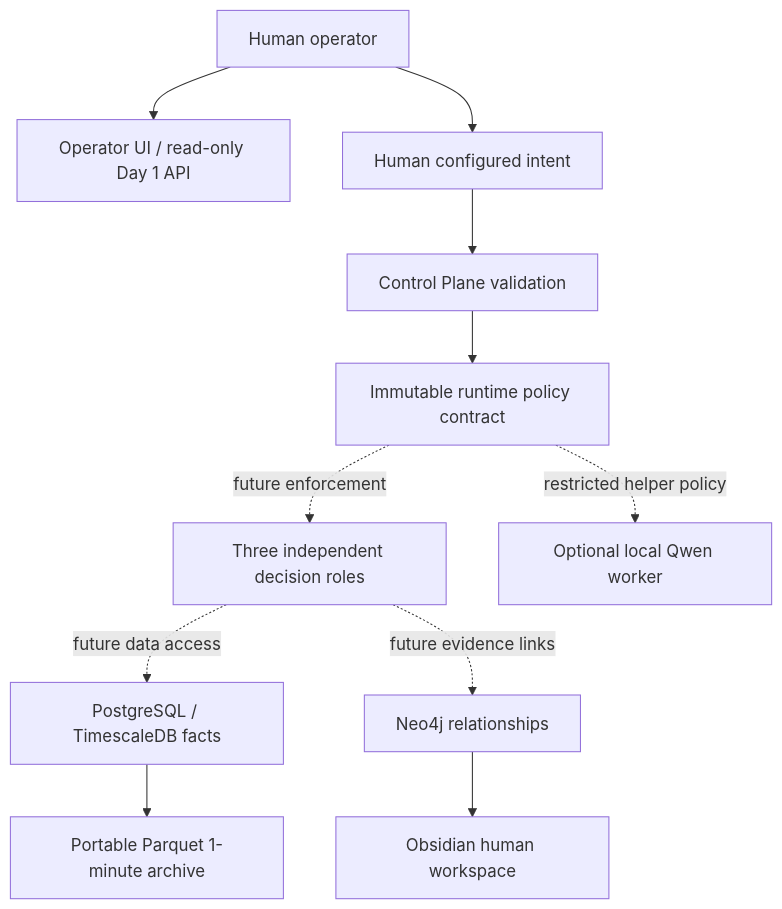
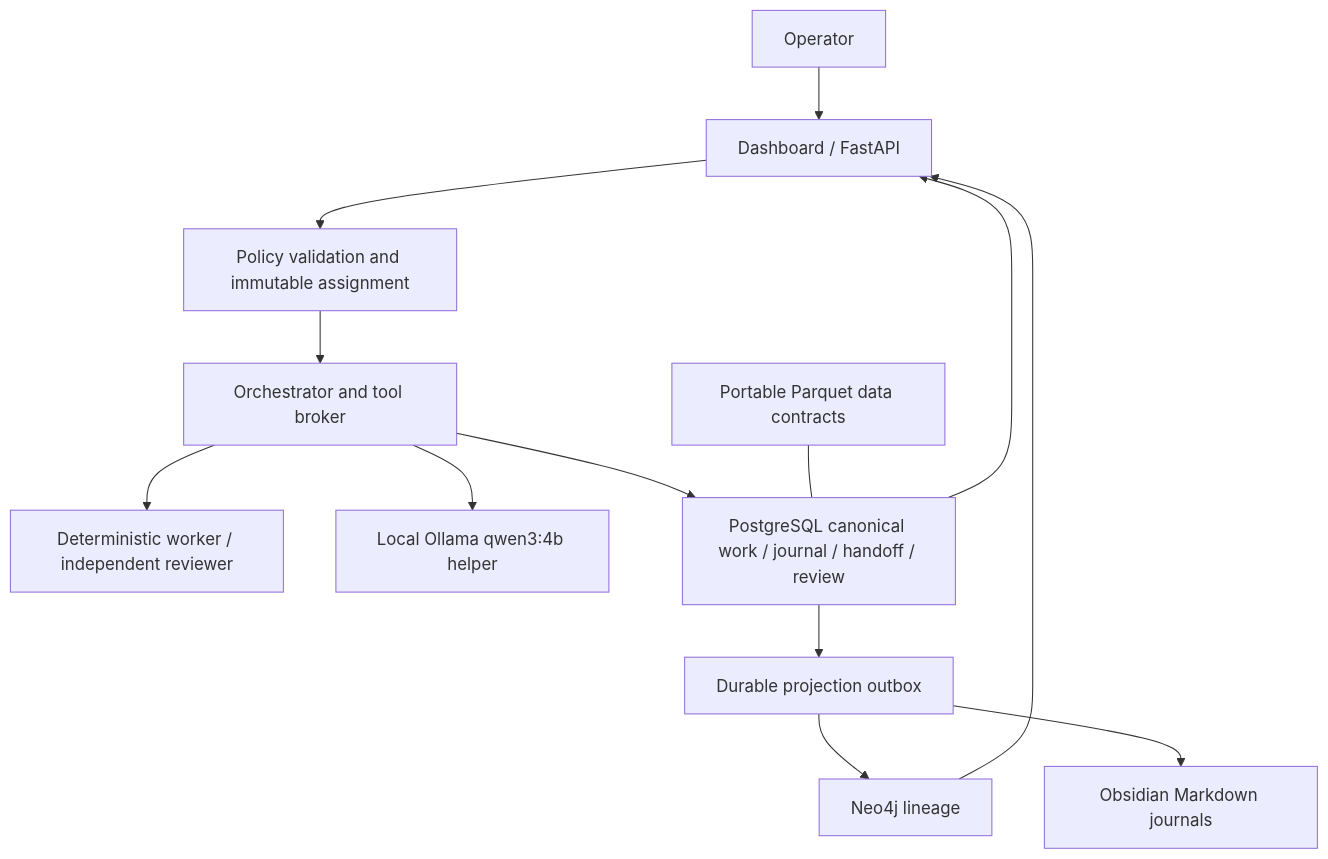
Before and after one commit to fordran-orange/triad: the diagram in docs/ARCHITECTURE.md, drawn with Mermaid. The commit also changed other lines of this file and 14 other files, not shown here.

````diff
--- a/docs/ARCHITECTURE.md
+++ b/docs/ARCHITECTURE.md
@@ -5,13 +5,15 @@
 ```mermaid
 flowchart TD
-  Human[Human operator] --> UI[Operator UI / read-only Day 1 API]
-  Human --> Intent[Human configured intent]
-  Intent --> CP[Control Plane validation]
-  CP --> Policy[Immutable runtime policy contract]
-  Policy -. future enforcement .-> Triad[Three independent decision roles]
-  Policy -. restricted helper policy .-> Worker[Optional local Qwen worker]
-  Triad -. future data access .-> PG[PostgreSQL / TimescaleDB facts]
-  Triad -. future evidence links .-> Graph[Neo4j relationships]
-  PG --> Archive[Portable Parquet 1-minute archive]
-  Graph --> Notes[Obsidian human workspace]
+  Human[Operator] --> UI[Dashboard / FastAPI]
+  UI --> CP[Policy validation and immutable assignment]
+  CP --> Host[Orchestrator and tool broker]
+  Host --> Demo[Deterministic worker / independent reviewer]
+  Host --> Qwen[Local Ollama qwen3:4b helper]
+  Host --> PG[PostgreSQL canonical work / journal / handoff / review]
+  PG --> Outbox[Durable projection outbox]
+  Outbox --> Graph[Neo4j lineage]
+  Outbox --> Notes[Obsidian Markdown journals]
+  PG --> UI
+  Graph --> UI
+  Archive[Portable Parquet data contracts] --- PG
 ```
````
